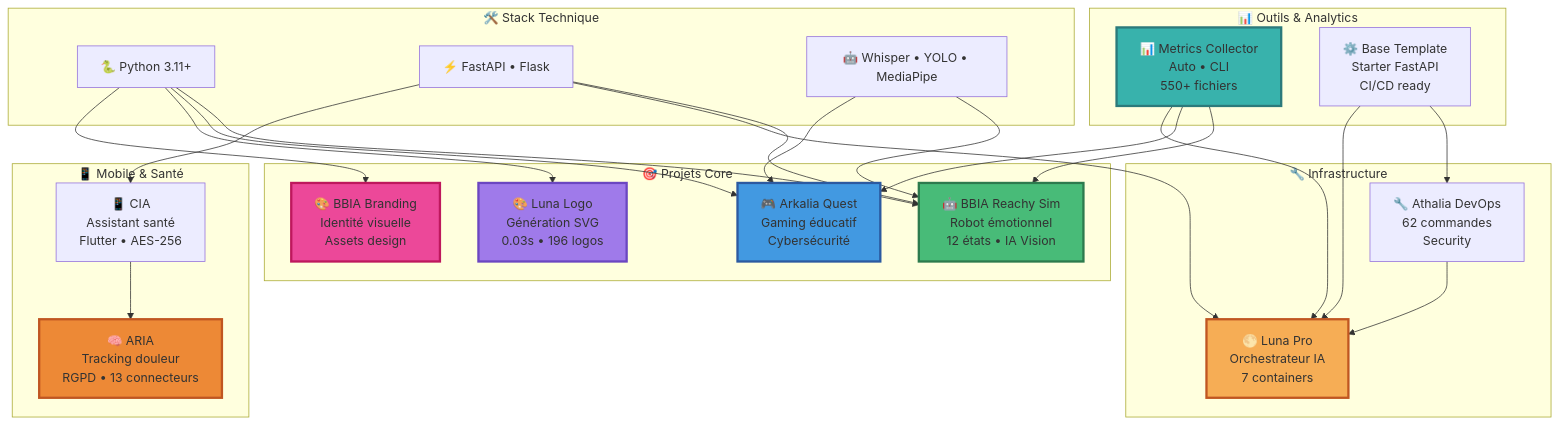
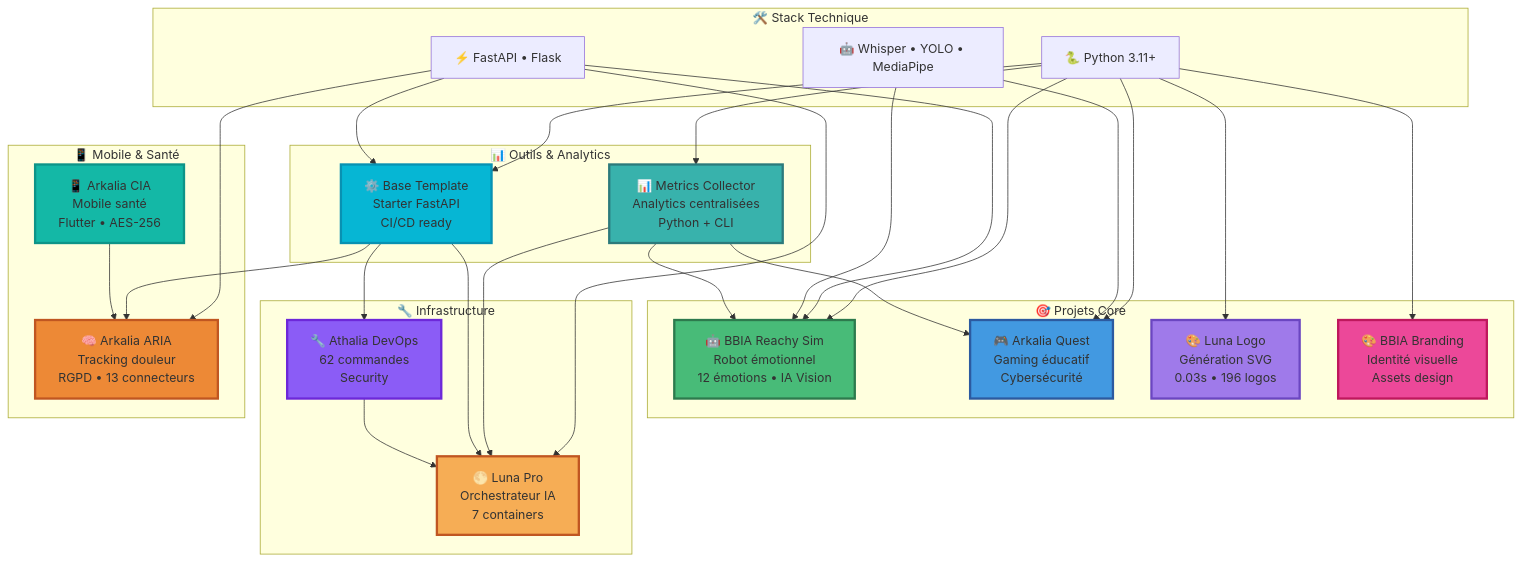
Before and after one commit to arkalia-luna-system/arkalia-luna-system: the diagram in README.md, drawn with Mermaid.

Commit message:
✅ Architecture Mermaid complétée : tous les projets inclus, relations mises à jour
- ✅ CIA renommé "Arkalia CIA" (cohérence)
- ✅ Relations Python ajoutées (METRICS, TEMPLATE)
- ✅ Relations APIS ajoutées (ARIA, TEMPLATE)
- ✅ Relations TEMPLATE ajoutées (ARIA)
- ✅ Styles ajoutés pour CIA, ATHALIA, TEMPLATE
- ✅ Descriptions mises à jour (12 émotions, Analytics centralisées)

````diff
--- a/README.md
+++ b/README.md
@@ -188,60 +188,67 @@
 ```mermaid
 flowchart TB
  subgraph stack["🛠️ Stack Technique"]
  PYTHON["🐍 Python 3.11+"]
  APIS["⚡ FastAPI • Flask"]
  AI["🤖 Whisper • YOLO • MediaPipe"]
  end
 
  subgraph core["🎯 Projets Core"]
- BBIA["🤖 BBIA Reachy Sim<br/>Robot émotionnel<br/>12 états • IA Vision"]
+ BBIA["🤖 BBIA Reachy Sim<br/>Robot émotionnel<br/>12 émotions • IA Vision"]
  QUEST["🎮 Arkalia Quest<br/>Gaming éducatif<br/>Cybersécurité"]
  LOGO["🎨 Luna Logo<br/>Génération SVG<br/>0.03s • 196 logos"]
  BRANDING["🎨 BBIA Branding<br/>Identité visuelle<br/>Assets design"]
  end
 
  subgraph infra["🔧 Infrastructure"]
  ATHALIA["🔧 Athalia DevOps<br/>62 commandes<br/>Security"]
  LUNA["🌕 Luna Pro<br/>Orchestrateur IA<br/>7 containers"]
  end
 
  subgraph mobile["📱 Mobile & Santé"]
- CIA["📱 CIA<br/>Assistant santé<br/>Flutter • AES-256"]
- ARIA["🧠 ARIA<br/>Tracking douleur<br/>RGPD • 13 connecteurs"]
+ CIA["📱 Arkalia CIA<br/>Mobile santé<br/>Flutter • AES-256"]
+ ARIA["🧠 Arkalia ARIA<br/>Tracking douleur<br/>RGPD • 13 connecteurs"]
  end
 
  subgraph utils["📊 Outils & Analytics"]
- METRICS["📊 Metrics Collector<br/>Auto • CLI<br/>550+ fichiers"]
+ METRICS["📊 Metrics Collector<br/>Analytics centralisées<br/>Python + CLI"]
  TEMPLATE["⚙️ Base Template<br/>Starter FastAPI<br/>CI/CD ready"]
  end
 
  PYTHON --> BBIA
  PYTHON --> QUEST
  PYTHON --> LOGO
  PYTHON --> BRANDING
+ PYTHON --> METRICS
+ PYTHON --> TEMPLATE
 
  APIS --> BBIA
  APIS --> LUNA
- APIS --> CIA
+ APIS --> ARIA
+ APIS --> TEMPLATE
 
  AI --> BBIA
  AI --> QUEST
 
  METRICS --> BBIA
  METRICS --> QUEST
  METRICS --> LUNA
 
  TEMPLATE --> ATHALIA
  TEMPLATE --> LUNA
+ TEMPLATE --> ARIA
 
  ATHALIA --> LUNA
  CIA --> ARIA
 
  style BBIA fill:#48bb78,stroke:#2d7a4d,stroke-width:3px
  style QUEST fill:#4299e1,stroke:#2c5aa0,stroke-width:3px
  style LOGO fill:#9f7aea,stroke:#6b46c1,stroke-width:3px
  style LUNA fill:#f6ad55,stroke:#c05621,stroke-width:3px
  style ARIA fill:#ed8936,stroke:#c05621,stroke-width:3px
  style METRICS fill:#38b2ac,stroke:#2c7a7b,stroke-width:3px
  style BRANDING fill:#ec4899,stroke:#be185d,stroke-width:3px
+ style CIA fill:#14b8a6,stroke:#0d9488,stroke-width:3px
+ style ATHALIA fill:#8b5cf6,stroke:#6d28d9,stroke-width:3px
+ style TEMPLATE fill:#06b6d4,stroke:#0891b2,stroke-width:3px
 ```
````
